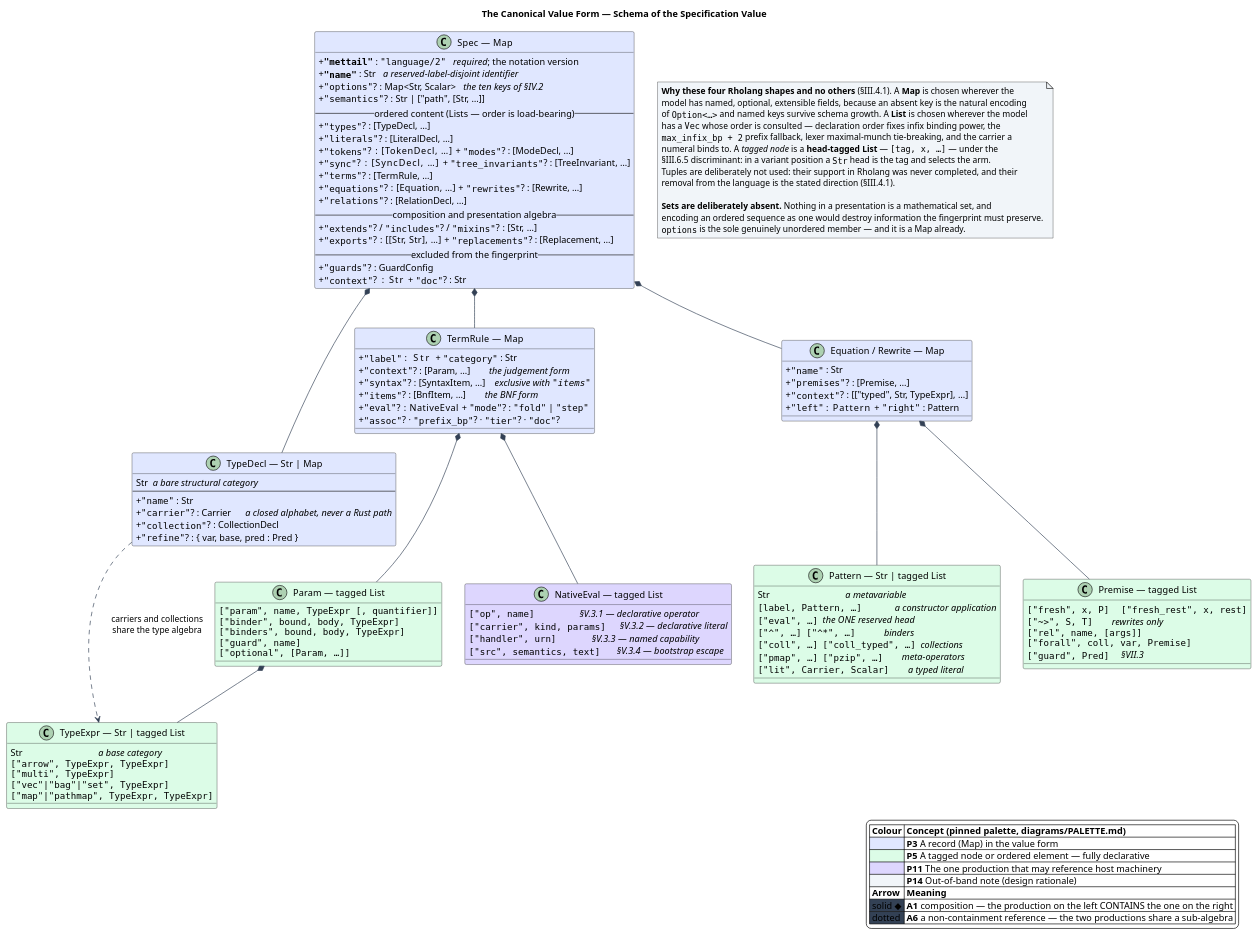
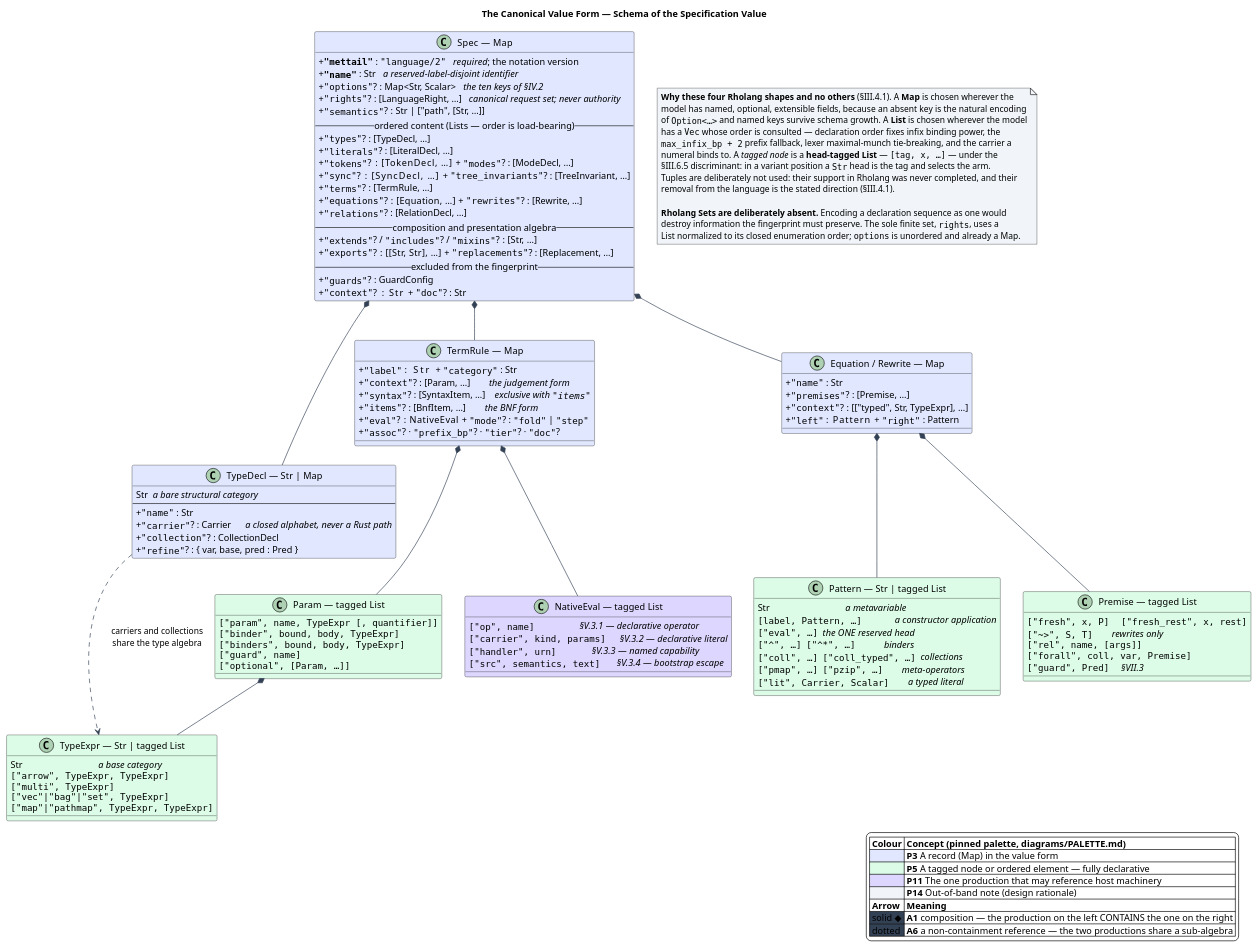
One commit to F1R3FLY-io/FIPS changed the diagram in under-review/2026-07-25-MeTTaIL-Language-Specs-in-Rholang/diagrams/09-value-form-schema.puml. Above: the diagram before and after it, drawn with PlantUML. The commit also changed 2 other files, not shown here.

Commit message:
Specify canonical language rights requests

```diff
--- a/under-review/2026-07-25-MeTTaIL-Language-Specs-in-Rholang/diagrams/09-value-form-schema.puml
+++ b/under-review/2026-07-25-MeTTaIL-Language-Specs-in-Rholang/diagrams/09-value-form-schema.puml
@@ -1,140 +1,141 @@
 @startuml
 title The Canonical Value Form — Schema of the Specification Value
 skinparam backgroundColor #FFFFFF
 skinparam shadowing false
 skinparam defaultFontName SansSerif
 skinparam classAttributeIconSize 0
 skinparam ArrowColor #334155
 
 legend top
   **How to read this.** Each box is one production of §III.4.2. A **Map** production is a
   //record//: named, optional, extensible keys. A **List** production is an //ordered sequence//
   whose order is semantically load-bearing. A //tagged node// is a **head-tagged List**: the
   first element is a tag string and the tag selects one elaborator arm (§III.6.5).
   ""?"" marks an optional map key.
 endlegend
 
 class "Spec  — Map" as Spec #E0E7FF {
   + **""&#34;mettail&#34;""** : ""&#34;language/2&#34;""   //required//; the notation version
   + **""&#34;name&#34;""** : Str   //a reserved-label-disjoint identifier//
   + ""&#34;options&#34;""? : Map<Str, Scalar>   //the ten keys of §IV.2//
+  + ""&#34;rights&#34;""? : [LanguageRight, …]   //canonical request set; never authority//
   + ""&#34;semantics&#34;""? : Str | ["path", [Str, …]]
   --  ordered content (Lists — order is load-bearing)  --
   + ""&#34;types&#34;""? : [TypeDecl, …]
   + ""&#34;literals&#34;""? : [LiteralDecl, …]
   + ""&#34;tokens&#34;""? : [TokenDecl, …]      + ""&#34;modes&#34;""? : [ModeDecl, …]
   + ""&#34;sync&#34;""? : [SyncDecl, …]        + ""&#34;tree_invariants&#34;""? : [TreeInvariant, …]
   + ""&#34;terms&#34;""? : [TermRule, …]
   + ""&#34;equations&#34;""? : [Equation, …]   + ""&#34;rewrites&#34;""? : [Rewrite, …]
   + ""&#34;relations&#34;""? : [RelationDecl, …]
   --  composition and presentation algebra  --
   + ""&#34;extends&#34;""? / ""&#34;includes&#34;""? / ""&#34;mixins&#34;""? : [Str, …]
   + ""&#34;exports&#34;""? : [[Str, Str], …]   + ""&#34;replacements&#34;""? : [Replacement, …]
   --  excluded from the fingerprint  --
   + ""&#34;guards&#34;""? : GuardConfig
   + ""&#34;context&#34;""? : Str     + ""&#34;doc&#34;""? : Str
 }
 
 class "TypeDecl  — Str | Map" as TypeDecl #E0E7FF {
   Str  //a bare structural category//
   --
   + ""&#34;name&#34;"" : Str
   + ""&#34;carrier&#34;""? : Carrier      //a closed alphabet, never a Rust path//
   + ""&#34;collection&#34;""? : CollectionDecl
   + ""&#34;refine&#34;""? : { var, base, pred : Pred }
 }
 
 class "TermRule  — Map" as TermRule #E0E7FF {
   + ""&#34;label&#34;"" : Str      + ""&#34;category&#34;"" : Str
   + ""&#34;context&#34;""? : [Param, …]        //the judgement form//
   + ""&#34;syntax&#34;""? : [SyntaxItem, …]    //exclusive with ""&#34;items&#34;""//
   + ""&#34;items&#34;""? : [BnfItem, …]        //the BNF form//
   + ""&#34;eval&#34;""? : NativeEval    + ""&#34;mode&#34;""? : ""&#34;fold&#34;"" | ""&#34;step&#34;""
   + ""&#34;assoc&#34;""? · ""&#34;prefix_bp&#34;""? · ""&#34;tier&#34;""? · ""&#34;doc&#34;""?
 }
 
 class "Param  — tagged List" as Param #DCFCE7 {
   ""[&#34;param&#34;, name, TypeExpr [, quantifier]]""
   ""[&#34;binder&#34;, bound, body, TypeExpr]""
   ""[&#34;binders&#34;, bound, body, TypeExpr]""
   ""[&#34;guard&#34;, name]""
   ""[&#34;optional&#34;, [Param, …]]""
 }
 
 class "Pattern  — Str | tagged List" as Pattern #DCFCE7 {
   Str                                //a metavariable//
   ""[label, Pattern, …]""              //a constructor application//
   ""[&#34;eval&#34;, …]""  //the ONE reserved head//
   ""[&#34;^&#34;, …]""  ""[&#34;^*&#34;, …]""            //binders//
   ""[&#34;coll&#34;, …]""  ""[&#34;coll_typed&#34;, …]""  //collections//
   ""[&#34;pmap&#34;, …]""  ""[&#34;pzip&#34;, …]""        //meta-operators//
   ""[&#34;lit&#34;, Carrier, Scalar]""        //a typed literal//
 }
 
 class "NativeEval  — tagged List" as NativeEval #DDD6FE {
   ""[&#34;op&#34;, name]""                   //§V.3.1 — declarative operator//
   ""[&#34;carrier&#34;, kind, params]""      //§V.3.2 — declarative literal//
   ""[&#34;handler&#34;, urn]""               //§V.3.3 — named capability//
   ""[&#34;src&#34;, semantics, text]""       //§V.3.4 — bootstrap escape//
 }
 
 class "TypeExpr  — Str | tagged List" as TypeExpr #DCFCE7 {
   Str                                //a base category//
   ""[&#34;arrow&#34;, TypeExpr, TypeExpr]""
   ""[&#34;multi&#34;, TypeExpr]""
   ""[&#34;vec&#34;|&#34;bag&#34;|&#34;set&#34;, TypeExpr]""
   ""[&#34;map&#34;|&#34;pathmap&#34;, TypeExpr, TypeExpr]""
 }
 
 class "Equation / Rewrite  — Map" as Eq #E0E7FF {
   + ""&#34;name&#34;"" : Str
   + ""&#34;premises&#34;""? : [Premise, …]
   + ""&#34;context&#34;""? : [[&#34;typed&#34;, Str, TypeExpr], …]
   + ""&#34;left&#34;"" : Pattern     + ""&#34;right&#34;"" : Pattern
 }
 
 class "Premise  — tagged List" as Premise #DCFCE7 {
   ""[&#34;fresh&#34;, x, P]""     ""[&#34;fresh_rest&#34;, x, rest]""
   ""[&#34;~>&#34;, S, T]""        //rewrites only//
   ""[&#34;rel&#34;, name, [args]]""
   ""[&#34;forall&#34;, coll, var, Premise]""
   ""[&#34;guard&#34;, Pred]""     //§VII.3//
 }
 
 Spec *-- TypeDecl
 Spec *-- TermRule
 Spec *-- Eq
 TermRule *-- Param
 TermRule *-- NativeEval
 Param *-- TypeExpr
 Eq *-- Premise
 Eq *-- Pattern
 TypeDecl .[#334155].> TypeExpr : carriers and collections\nshare the type algebra
 
 note as N #F1F5F9
   **Why these four Rholang shapes and no others** (§III.4.1). A **Map** is chosen wherever the
   model has named, optional, extensible fields, because an absent key is the natural encoding
   of ""Option<…>"" and named keys survive schema growth. A **List** is chosen wherever the model
   has a ""Vec"" whose order is consulted — declaration order fixes infix binding power, the
   ""max_infix_bp + 2"" prefix fallback, lexer maximal-munch tie-breaking, and the carrier a
   numeral binds to. A //tagged node// is a **head-tagged List** — ""[tag, x, …]"" — under the
   §III.6.5 discriminant: in a variant position a ""Str"" head is the tag and selects the arm.
   Tuples are deliberately not used: their support in Rholang was never completed, and their
   removal from the language is the stated direction (§III.4.1).
 
-  **Sets are deliberately absent.** Nothing in a presentation is a mathematical set, and
-  encoding an ordered sequence as one would destroy information the fingerprint must preserve.
-  ""options"" is the sole genuinely unordered member — and it is a Map already.
+  **Rholang Sets are deliberately absent.** Encoding a declaration sequence as one would
+  destroy information the fingerprint must preserve. The sole finite set, ""rights"", uses a
+  List normalized to its closed enumeration order; ""options"" is unordered and already a Map.
 end note
 
 legend right
   |= Colour |= Concept (pinned palette, diagrams/PALETTE.md) |
   |<#E0E7FF> | **P3** A record (Map) in the value form |
   |<#DCFCE7> | **P5** A tagged node or ordered element — fully declarative |
   |<#DDD6FE> | **P11** The one production that may reference host machinery |
   |<#F1F5F9> | **P14** Out-of-band note (design rationale) |
   |= Arrow |= Meaning |
   |<#334155> solid ◆ | **A1** composition — the production on the left CONTAINS the one on the right |
   |<#334155> dotted | **A6** a non-containment reference — the two productions share a sub-algebra |
 endlegend
 @enduml
```
